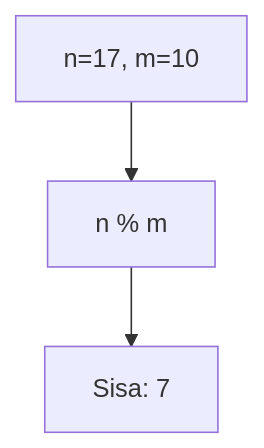
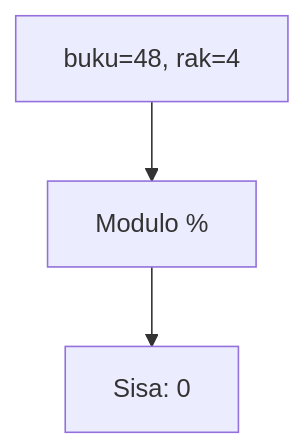
One commit to amnahwaida/OSNK_INF_PREP changed the seventh of 25 diagrams in part-c-pemahaman-cpp/01-tipe-data/latihan/set-03.md. Above: the diagram before and after it, drawn with Mermaid. The commit also changed other lines of this file and 71 other files, not shown here.

````diff
--- a/part-c-pemahaman-cpp/01-tipe-data/latihan/set-03.md
+++ b/part-c-pemahaman-cpp/01-tipe-data/latihan/set-03.md
@@ -240,5 +192,5 @@
 ```mermaid
 graph TD
-A["n=17, m=10"] --> B["n % m"]
-B --> C["Sisa: 7"]
+A["buku=48, rak=4"] --> B["Modulo %"]
+B --> C["Sisa: 0"]
 ```
````
